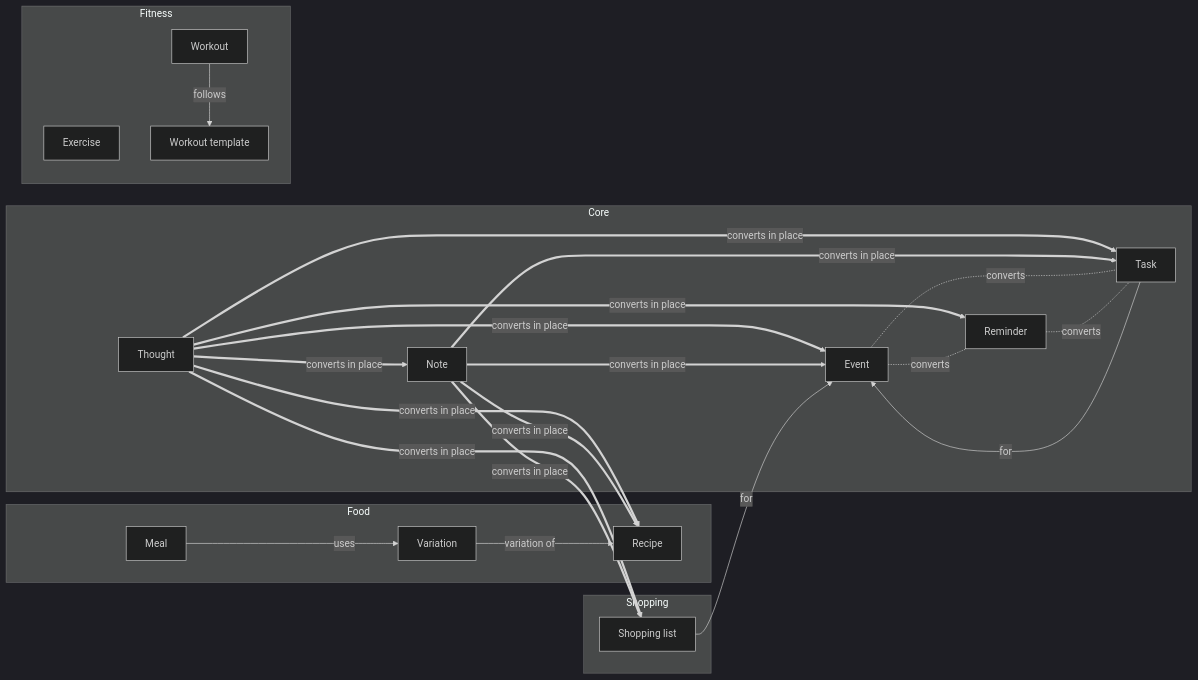
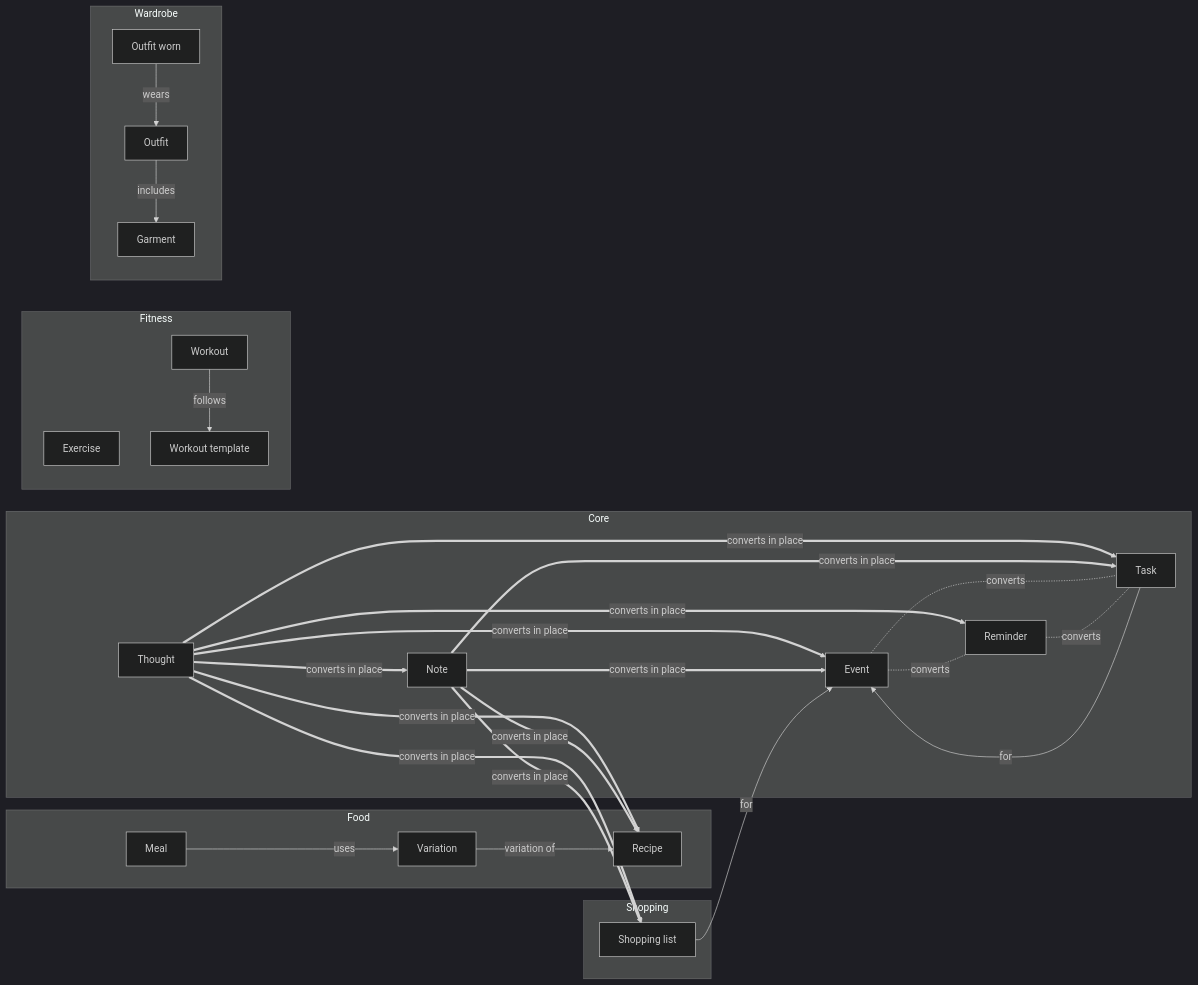
Before and after one commit to joestables/lifeos: the first of 3 diagrams in docs/20-architecture/data-model.md, drawn with Mermaid (dark theme). The commit also changed other lines of this file and 54 other files, not shown here.

First line of the commit message:
Stage 6, Wardrobe: spec, decisions, design and schema (#96)

````diff
--- a/docs/20-architecture/data-model.md
+++ b/docs/20-architecture/data-model.md
@@ -343,43 +342,50 @@
 ```mermaid
 flowchart LR
   subgraph CORE[Core]
     Thought[Thought]
     Note[Note]
     Task[Task]
     Event[Event]
     Reminder[Reminder]
   end
   subgraph FOOD[Food]
     Recipe[Recipe]
     Variation[Variation]
     Meal[Meal]
   end
   subgraph SHOPPING[Shopping]
     Shopping_list[Shopping list]
   end
   subgraph FITNESS[Fitness]
     Exercise[Exercise]
     Workout_template[Workout template]
     Workout[Workout]
   end
+  subgraph WARDROBE[Wardrobe]
+    Garment[Garment]
+    Outfit[Outfit]
+    Outfit_worn[Outfit worn]
+  end
 
   Thought == converts in place ==> Event
   Thought == converts in place ==> Note
   Thought == converts in place ==> Recipe
   Thought == converts in place ==> Reminder
   Thought == converts in place ==> Shopping_list
   Thought == converts in place ==> Task
   Note == converts in place ==> Event
   Note == converts in place ==> Recipe
   Note == converts in place ==> Shopping_list
   Note == converts in place ==> Task
   Event -. converts .- Reminder
   Event -. converts .- Task
   Reminder -. converts .- Task
 
   Task -- for --> Event
   Shopping_list -- for --> Event
   Meal -- uses --> Variation
   Variation -- variation of --> Recipe
   Workout -- follows --> Workout_template
+  Outfit_worn -- wears --> Outfit
+  Outfit -- includes --> Garment
 ```
````
